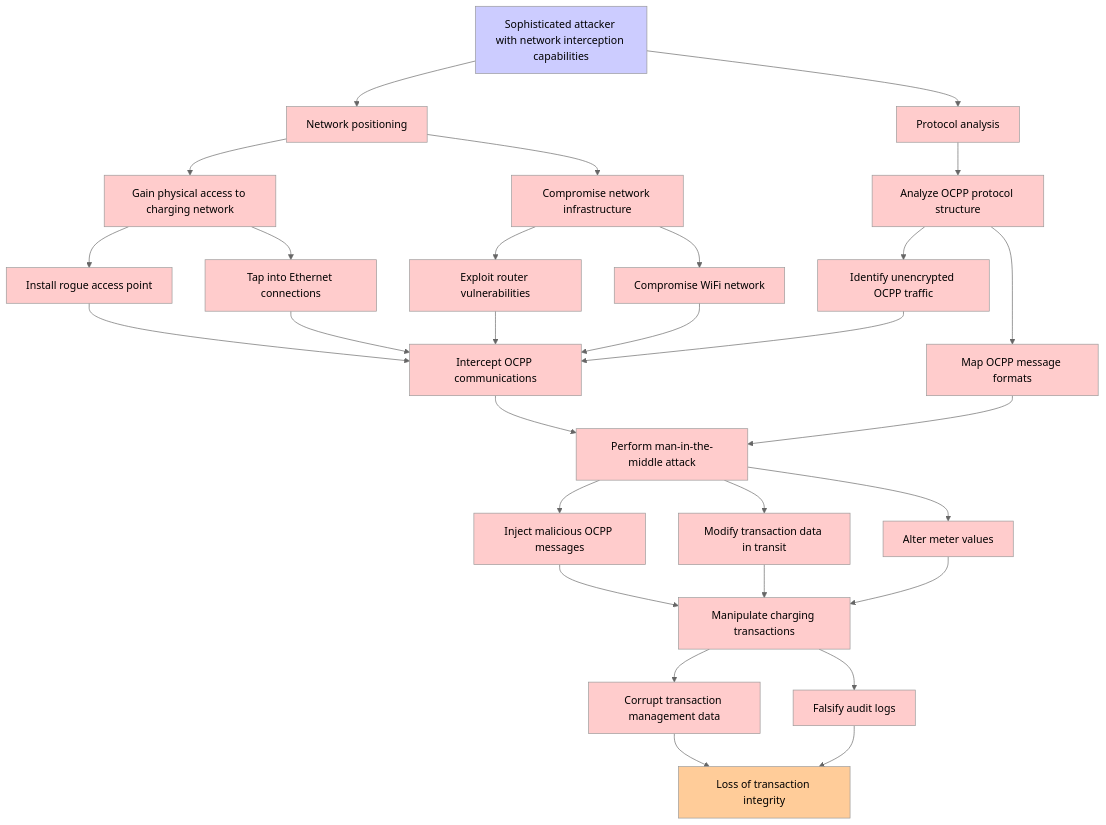
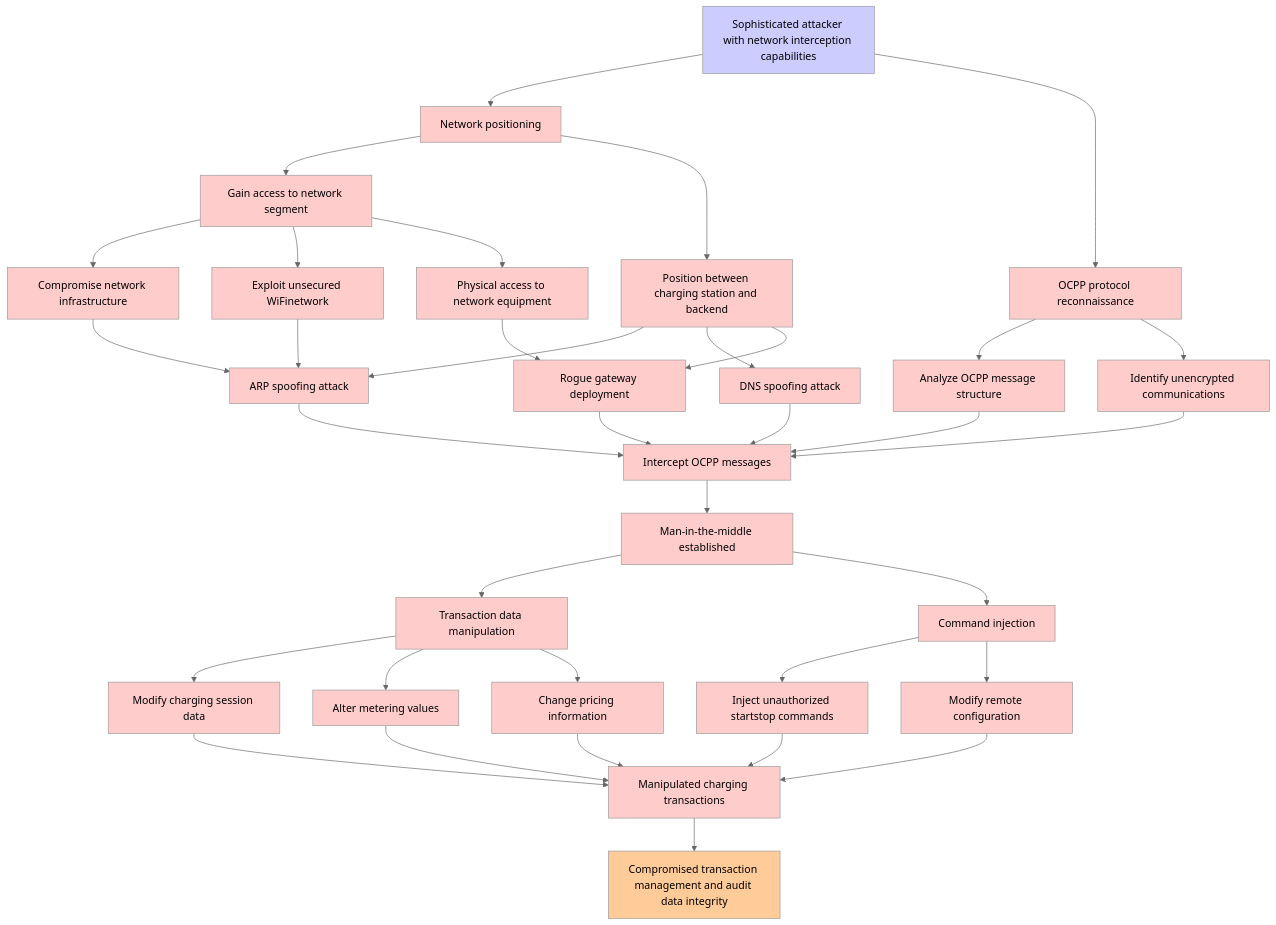
The diagram in threatforest-agentic-application/threatforest-strands/output/attack_tree_T003_communication_security.md (aws-samples/sample-agentic-attack-tree-generator), drawn with Mermaid (neutral theme) before and after one commit. The commit also changed 37 other files, not shown here.

````diff
--- a/threatforest-agentic-application/threatforest-strands/output/attack_tree_T003_communication_security.md
+++ b/threatforest-agentic-application/threatforest-strands/output/attack_tree_T003_communication_security.md
@@ -19,38 +19,44 @@
 ```mermaid
 graph TD
     A["Sophisticated attacker with network interception capabilities"] --> B["Network positioning"]
-    A --> C["Protocol analysis"]
-    B --> D["Gain physical access to charging network"]
-    B --> E["Compromise network infrastructure"]
-    D --> F["Install rogue access point"]
-    D --> G["Tap into Ethernet connections"]
-    E --> H["Exploit router vulnerabilities"]
-    E --> I["Compromise WiFi network"]
-    C --> J["Analyze OCPP protocol structure"]
-    J --> K["Identify unencrypted OCPP traffic"]
-    J --> L["Map OCPP message formats"]
-    F --> M["Intercept OCPP communications"]
-    G --> M
+    A --> C["OCPP protocol reconnaissance"]
+    B --> D["Gain access to network segment"]
+    B --> E["Position between charging station and backend"]
+    D --> F["Compromise network infrastructure"]
+    D --> G["Exploit unsecured WiFinetwork"]
+    D --> H["Physical access to network equipment"]
+    C --> I["Analyze OCPP message structure"]
+    C --> J["Identify unencrypted communications"]
+    E --> K["ARP spoofing attack"]
+    E --> L["DNS spoofing attack"]
+    E --> M["Rogue gateway deployment"]
+    F --> K
+    G --> K
     H --> M
-    I --> M
-    K --> M
-    M --> N["Perform man-in-the-middle attack"]
+    I --> N["Intercept OCPP messages"]
+    J --> N
+    K --> N
     L --> N
-    N --> O["Inject malicious OCPP messages"]
-    N --> P["Modify transaction data in transit"]
-    N --> Q["Alter meter values"]
-    O --> R["Manipulate charging transactions"]
-    P --> R
-    Q --> R
-    R --> S["Corrupt transaction management data"]
-    R --> T["Falsify audit logs"]
-    S --> U["Loss of transaction integrity"]
-    T --> U
+    M --> N
+    N --> O["Man-in-the-middle established"]
+    O --> P["Transaction data manipulation"]
+    O --> Q["Command injection"]
+    P --> R["Modify charging session data"]
+    P --> S["Alter metering values"]
+    P --> T["Change pricing information"]
+    Q --> U["Inject unauthorized startstop commands"]
+    Q --> V["Modify remote configuration"]
+    R --> W["Manipulated charging transactions"]
+    S --> W
+    T --> W
+    U --> W
+    V --> W
+    W --> X["Compromised transaction management and audit data integrity"]
     classDef attack fill:#ffcccc
     classDef goal fill:#ffcc99
     classDef fact fill:#ccccff
-    class B,C,D,E,F,G,H,I,J,K,L,M,N,O,P,Q,R,S,T attack
-    class U goal
+    class B,C,D,E,F,G,H,I,J,K,L,M,N,O,P,Q,R,S,T,U,V,W attack
+    class X goal
     class A fact
     classDef mitigation fill:#ccffcc
 ```
````
